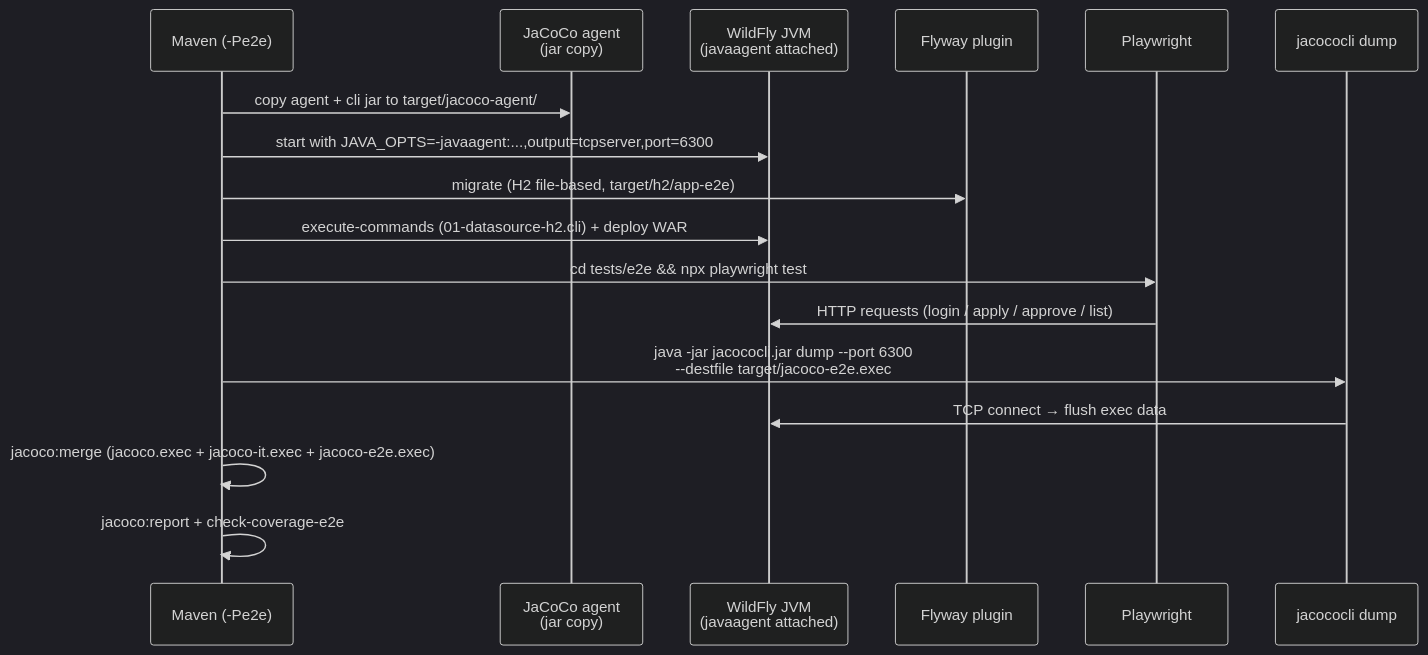
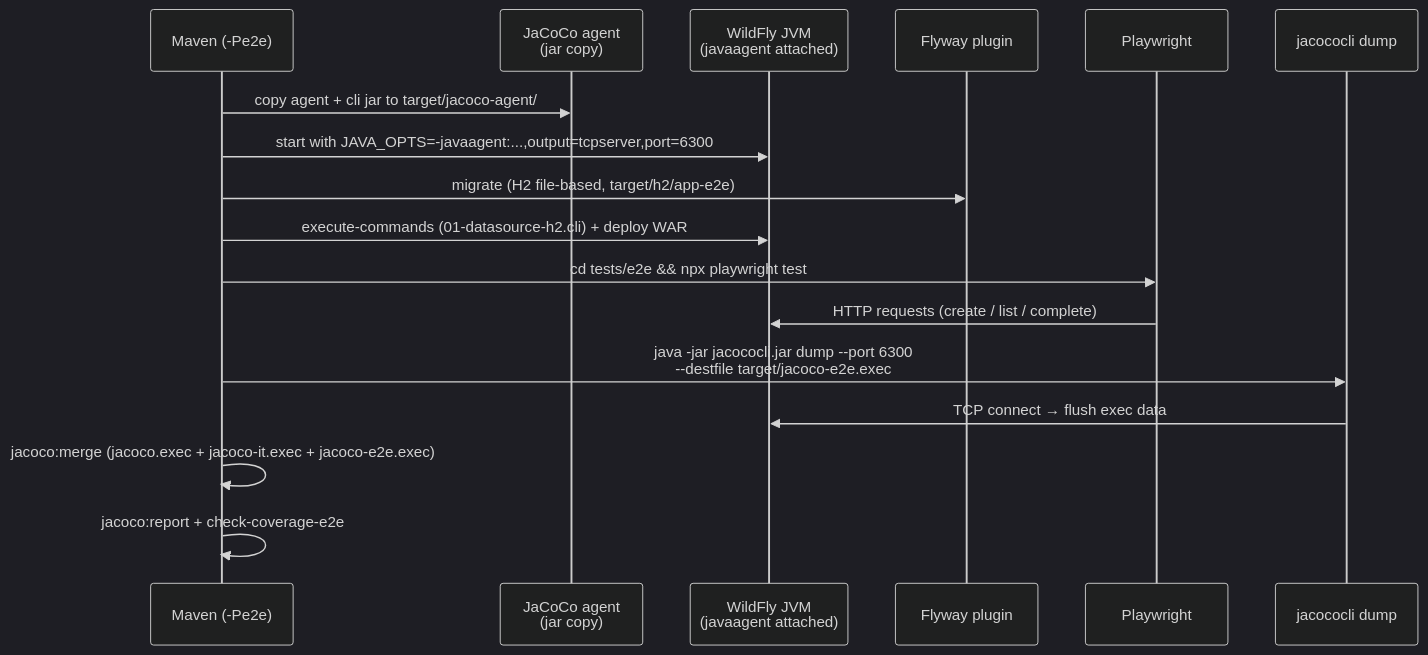
One commit to shuyossy/workforce_demand_management changed the second of 2 diagrams in docs/docs/05-technical-design.md. Above: the diagram before and after it, drawn with Mermaid (dark theme). The commit also changed other lines of this file and 17 other files, not shown here.

````diff
--- a/docs/docs/05-technical-design.md
+++ b/docs/docs/05-technical-design.md
@@ -356,20 +355,20 @@
 ```mermaid
 sequenceDiagram
     participant Maven as Maven (-Pe2e)
     participant Agent as JaCoCo agent<br/>(jar copy)
     participant WildFly as WildFly JVM<br/>(javaagent attached)
     participant Flyway as Flyway plugin
     participant PW as Playwright
     participant CLI as jacococli dump
 
     Maven->>Agent: copy agent + cli jar to target/jacoco-agent/
     Maven->>WildFly: start with JAVA_OPTS=-javaagent:...,output=tcpserver,port=6300
     Maven->>Flyway: migrate (H2 file-based, target/h2/app-e2e)
     Maven->>WildFly: execute-commands (01-datasource-h2.cli) + deploy WAR
     Maven->>PW: cd tests/e2e && npx playwright test
-    PW->>WildFly: HTTP requests (login / apply / approve / list)
+    PW->>WildFly: HTTP requests (create / list / complete)
     Maven->>CLI: java -jar jacococli.jar dump --port 6300<br/>--destfile target/jacoco-e2e.exec
     CLI->>WildFly: TCP connect → flush exec data
     Maven->>Maven: jacoco:merge (jacoco.exec + jacoco-it.exec + jacoco-e2e.exec)
     Maven->>Maven: jacoco:report + check-coverage-e2e
 ```
````
